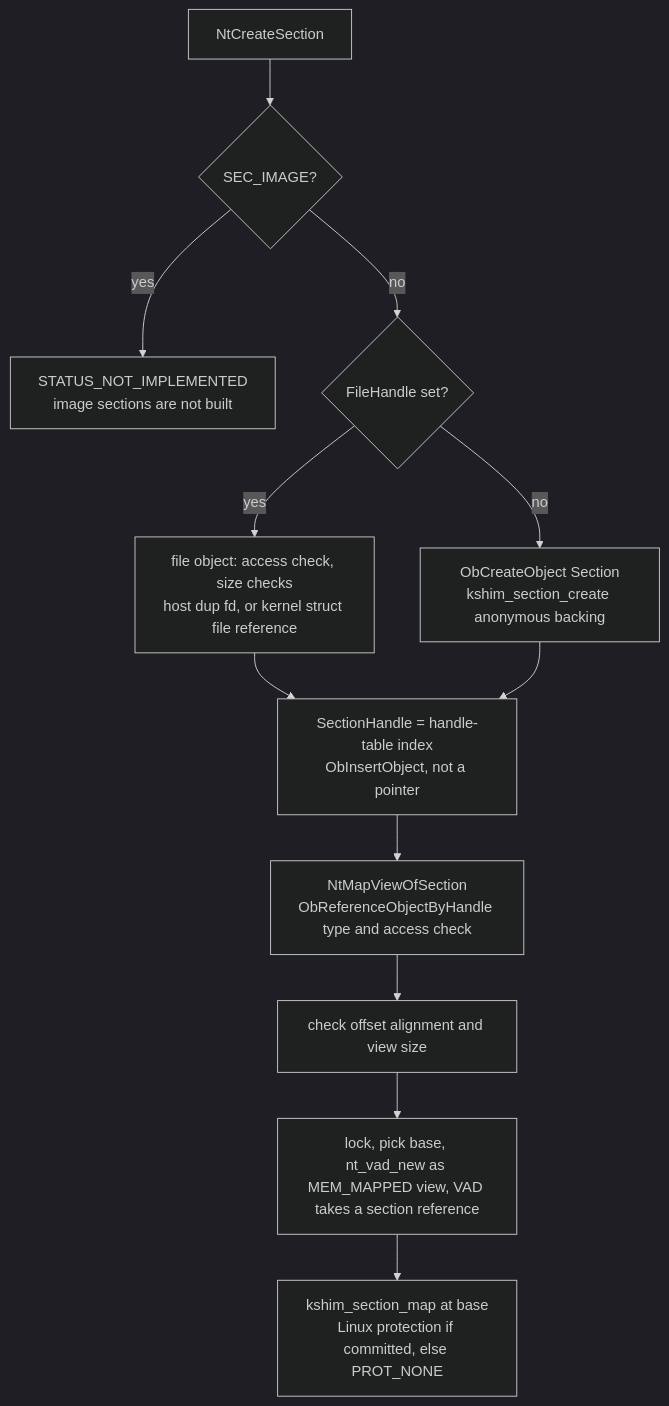
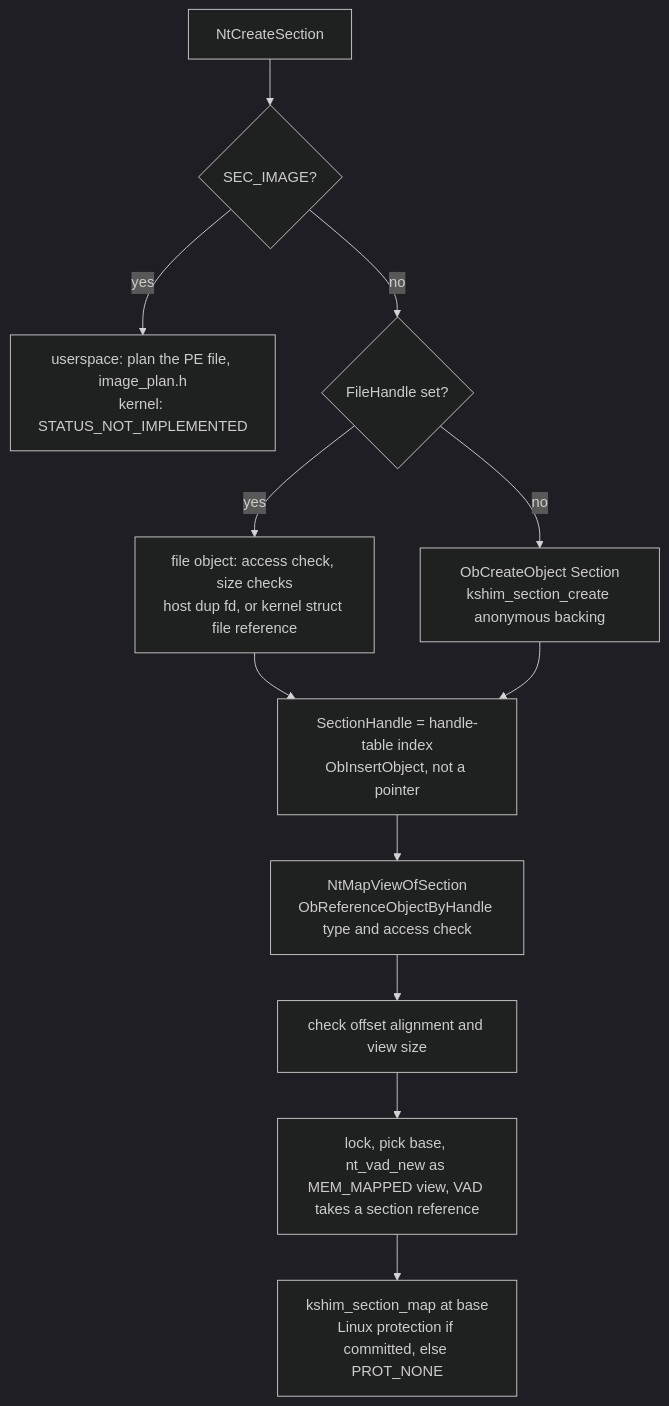
One commit to JacksonSibold/linux-nt-personality changed the third of 3 diagrams in docs/architecture/memory.md. Above: the diagram before and after it, drawn with Mermaid (dark theme). The commit also changed other lines of this file and 3 other files, not shown here.

First line of the commit message:
docs(mm): record SEC_IMAGE status, gaps, and the regenerated counts

````diff
--- a/docs/architecture/memory.md
+++ b/docs/architecture/memory.md
@@ -76,14 +76,14 @@
 ```mermaid
 flowchart TD
     CS["NtCreateSection"] --> SI{"SEC_IMAGE?"}
-    SI -->|yes| NI["STATUS_NOT_IMPLEMENTED<br/>image sections are not built"]
+    SI -->|yes| NI["userspace: plan the PE file, image_plan.h<br/>kernel: STATUS_NOT_IMPLEMENTED"]
     SI -->|no| FH{"FileHandle set?"}
     FH -->|yes| FS["file object: access check, size checks<br/>host dup fd, or kernel struct file reference"]
     FH -->|no| SZ["ObCreateObject Section<br/>kshim_section_create anonymous backing"]
     FS --> HD["SectionHandle = handle-table index<br/>ObInsertObject, not a pointer"]
     SZ --> HD
     HD --> MV["NtMapViewOfSection<br/>ObReferenceObjectByHandle type and access check"]
     MV --> OF["check offset alignment and view size"]
     OF --> VAD["lock, pick base, nt_vad_new as MEM_MAPPED view, VAD takes a section reference"]
     VAD --> MAP["kshim_section_map at base<br/>Linux protection if committed, else PROT_NONE"]
 ```
````
